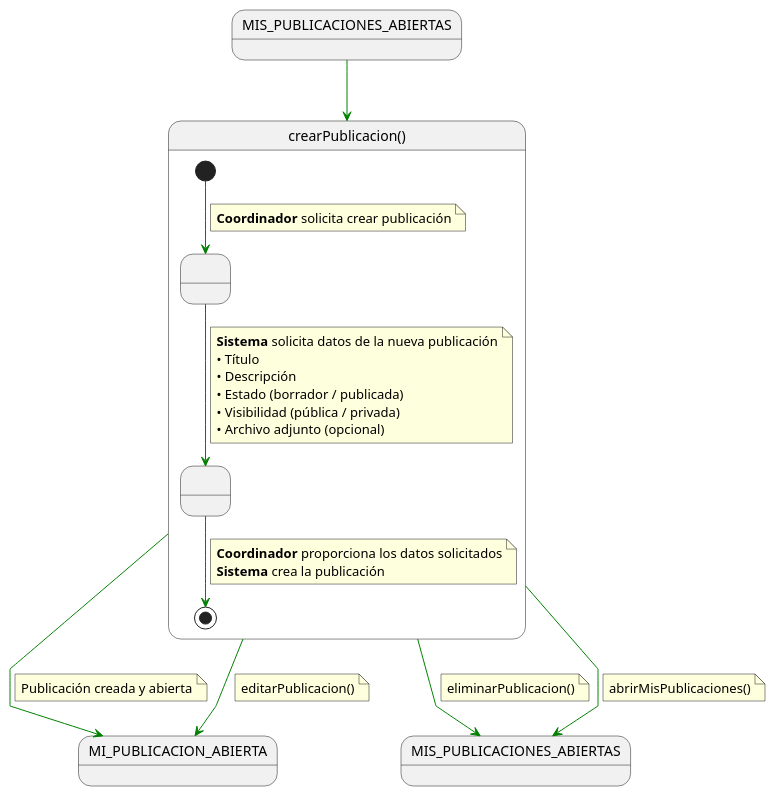
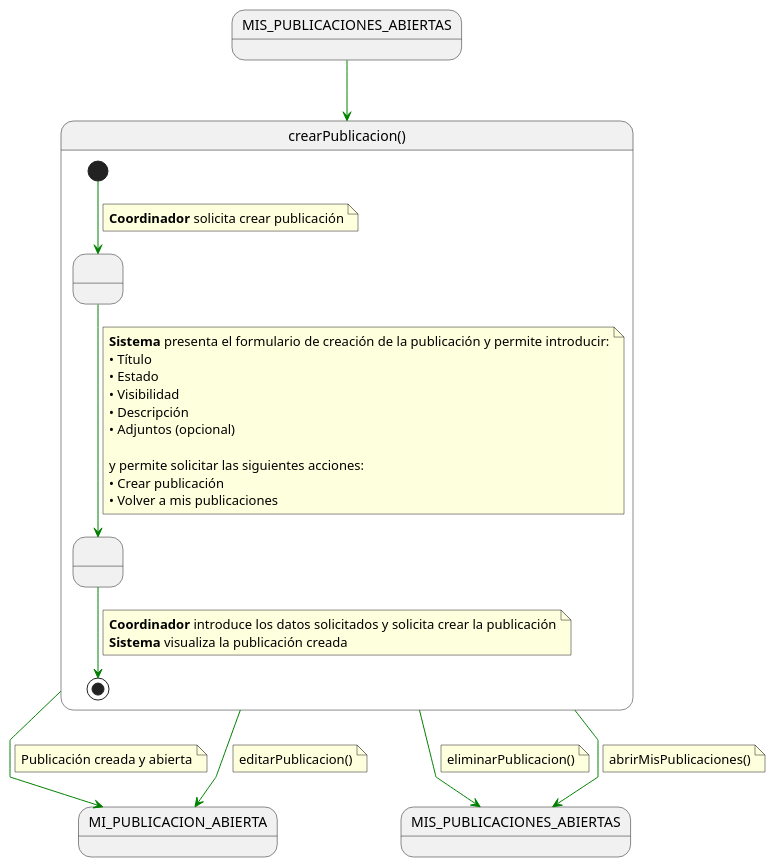
The diagram in documents/casosDeUso/detalle/coordinador/08-mis-publicaciones/crearPublicacion/crearPublicacion.puml (31Diego/25-26-IdSw1-SdR), drawn with PlantUML before and after one commit. The commit also changed 13 other files, not shown here.

Commit message:
Agrego las acciones del sistema detallados

```diff
--- a/documents/casosDeUso/detalle/coordinador/08-mis-publicaciones/crearPublicacion/crearPublicacion.puml
+++ b/documents/casosDeUso/detalle/coordinador/08-mis-publicaciones/crearPublicacion/crearPublicacion.puml
@@ -1,54 +1,58 @@
 @startuml crearPublicacion
 skinparam linetype polyline
 
 state in1 as "MIS_PUBLICACIONES_ABIERTAS"
 in1 -[#green]-> crearPublicacion
 
 state crearPublicacion as "crearPublicacion()" {
 
     state " " as SolicitandoDatos
     state " " as CreandoPublicacion
 
     [*] -[#green]-> SolicitandoDatos
     note on link
     <b>Coordinador</b> solicita crear publicación
     end note
 
     SolicitandoDatos -[#green]-> CreandoPublicacion
     note on link
-    <b>Sistema</b> solicita datos de la nueva publicación
+    <b>Sistema</b> presenta el formulario de creación de la publicación y permite introducir:
     • Título
+    • Estado
+    • Visibilidad
     • Descripción
-    • Estado (borrador / publicada)
-    • Visibilidad (pública / privada)
-    • Archivo adjunto (opcional)
+    • Adjuntos (opcional)
+
+    y permite solicitar las siguientes acciones:
+    • Crear publicación
+    • Volver a mis publicaciones
     end note
 
     CreandoPublicacion -[#green]-> [*]
     note on link
-    <b>Coordinador</b> proporciona los datos solicitados
-    <b>Sistema</b> crea la publicación
+    <b>Coordinador</b> introduce los datos solicitados y solicita crear la publicación
+    <b>Sistema</b> visualiza la publicación creada
     end note
 }
 
 crearPublicacion -[#green]-> MI_PUBLICACION_ABIERTA
 note on link
 Publicación creada y abierta
 end note
 
 crearPublicacion -[#green]-> MI_PUBLICACION_ABIERTA
 note on link
 editarPublicacion()
 end note
 
 crearPublicacion -[#green]-> MIS_PUBLICACIONES_ABIERTAS
 note on link
 eliminarPublicacion()
 end note
 
 crearPublicacion -[#green]-> MIS_PUBLICACIONES_ABIERTAS
 note on link
 abrirMisPublicaciones()
 end note
 
 @enduml
```
